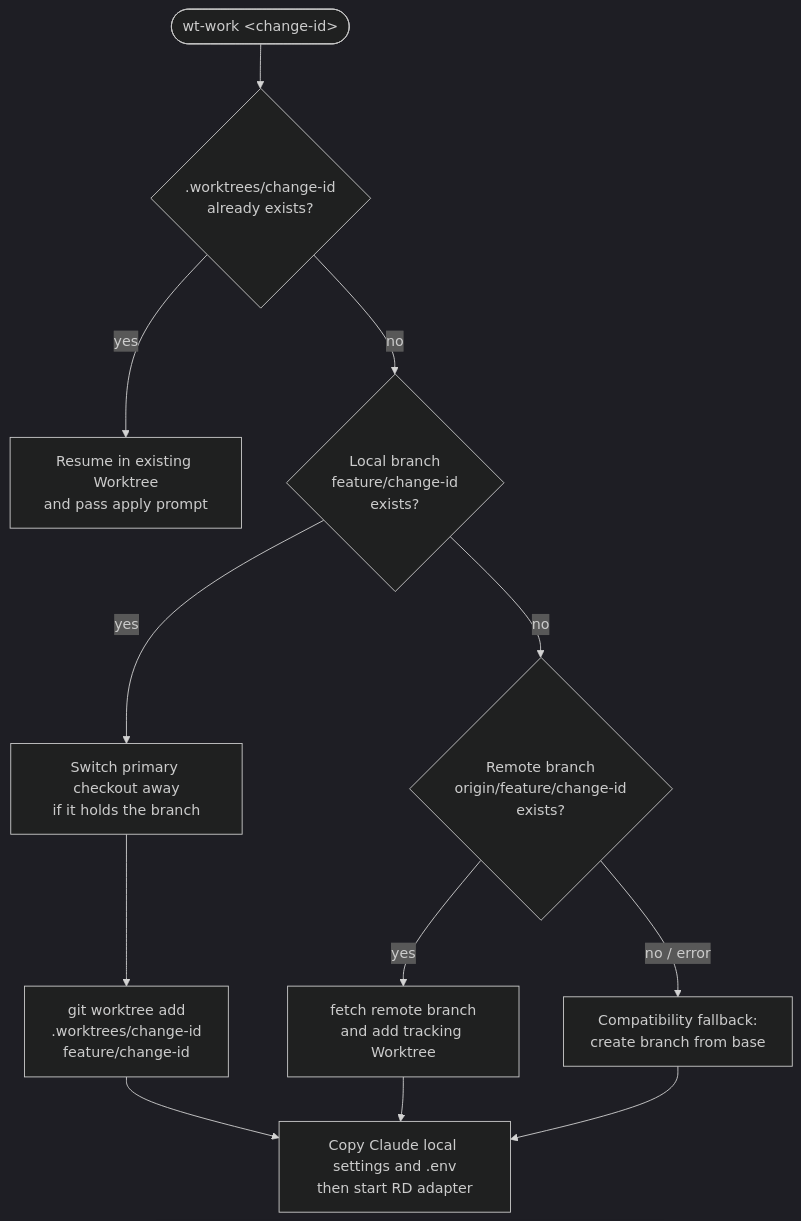
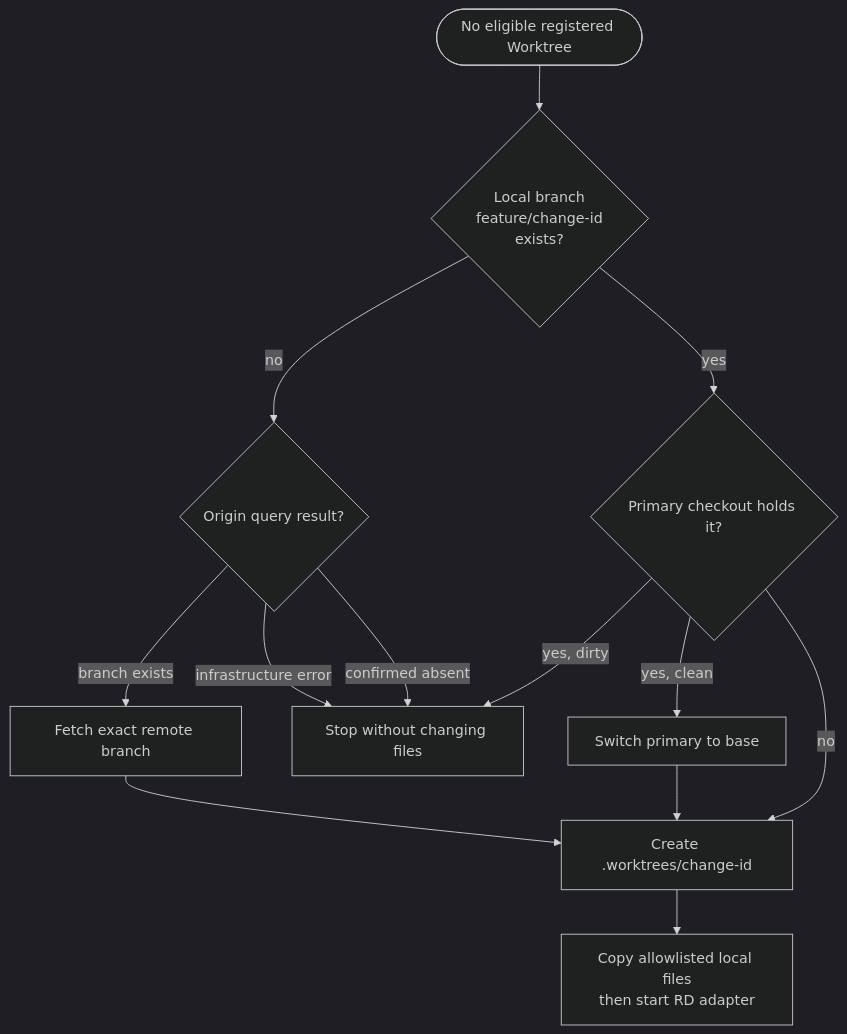
Before and after one commit to wkchen5872/wk-agent-ops: the second of 2 diagrams in docs/workflow/wt-work-flow.md, drawn with Mermaid (dark theme). The commit also changed other lines of this file and 34 other files, not shown here.

First line of the commit message:
feat(refine-multi-provider-worktree-workflow): unify PM/RD flow

````diff
--- a/docs/workflow/wt-work-flow.md
+++ b/docs/workflow/wt-work-flow.md
@@ -59,14 +54,15 @@
 ```mermaid
 flowchart TD
-    A([wt-work &lt;change-id&gt;]) --> B{.worktrees/change-id<br/>already exists?}
-    B -- yes --> C[Resume in existing Worktree<br/>and pass apply prompt]
-    B -- no --> D{Local branch<br/>feature/change-id<br/>exists?}
-    D -- yes --> E[Switch primary checkout away<br/>if it holds the branch]
-    E --> F[git worktree add<br/>.worktrees/change-id<br/>feature/change-id]
-    D -- no --> G{Remote branch<br/>origin/feature/change-id<br/>exists?}
-    G -- yes --> H[fetch remote branch<br/>and add tracking Worktree]
-    G -- no / error --> I[Compatibility fallback:<br/>create branch from base]
-    F --> J[Copy Claude local settings and .env<br/>then start RD adapter]
-    H --> J
-    I --> J
+    A([No eligible registered Worktree]) --> D{Local branch<br/>feature/change-id<br/>exists?}
+    D -- yes --> E{Primary checkout holds it?}
+    E -- yes, clean --> F[Switch primary to base]
+    E -- yes, dirty --> X[Stop without changing files]
+    E -- no --> G[Create .worktrees/change-id]
+    F --> G
+    D -- no --> H{Origin query result?}
+    H -- branch exists --> I[Fetch exact remote branch]
+    I --> G
+    H -- confirmed absent --> X
+    H -- infrastructure error --> X
+    G --> J[Copy allowlisted local files<br/>then start RD adapter]
 ```
````
